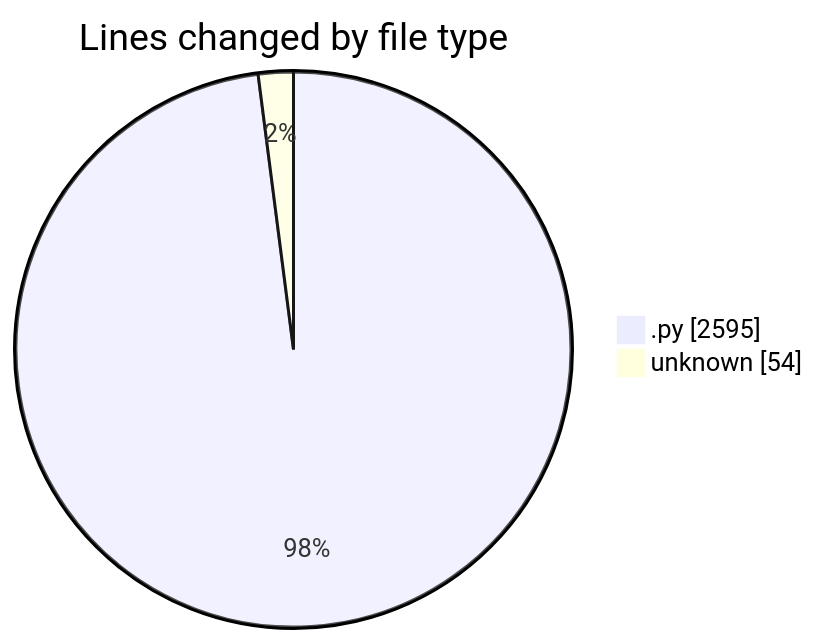
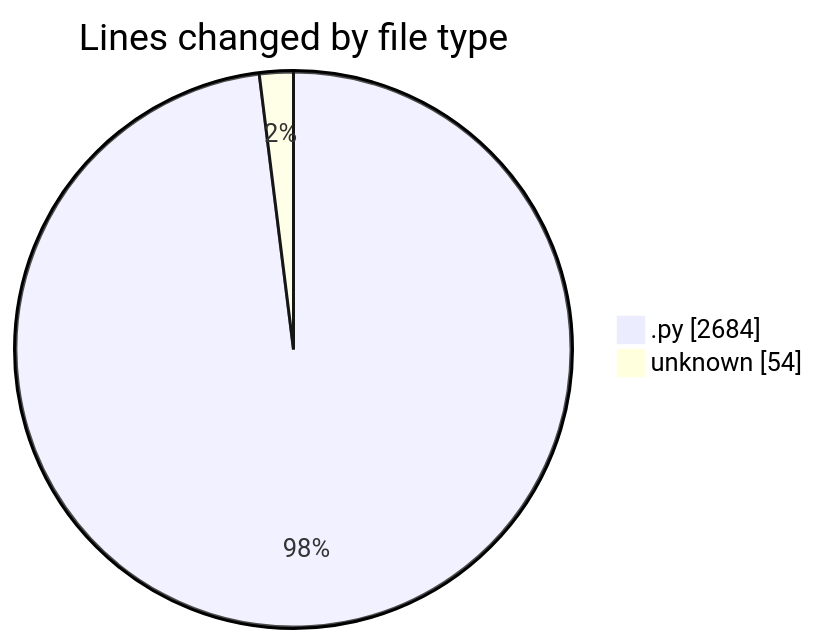
Before and after one commit to julien-gomy/code-tracking: the first of 2 diagrams in 2025-11-21/eventscop-api-guide__workspace_/README.md, drawn with Mermaid. The commit also changed other lines of this file and 1 other file, not shown here.

````diff
--- a/2025-11-21/eventscop-api-guide__workspace_/README.md
+++ b/2025-11-21/eventscop-api-guide__workspace_/README.md
@@ -32,6 +32,6 @@
 ```mermaid
 pie showData
 title Lines changed by file type
-".py" : 2595
+".py" : 2684
 "unknown" : 54
 ```
````
